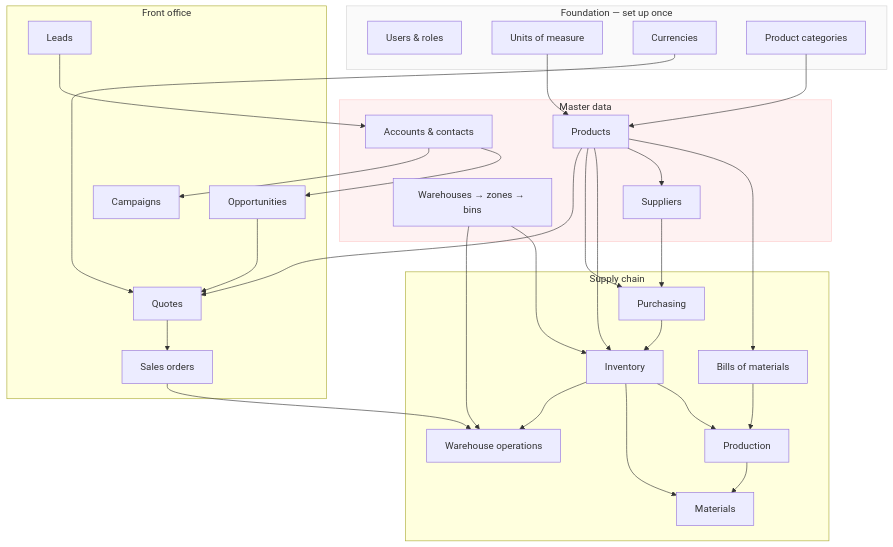
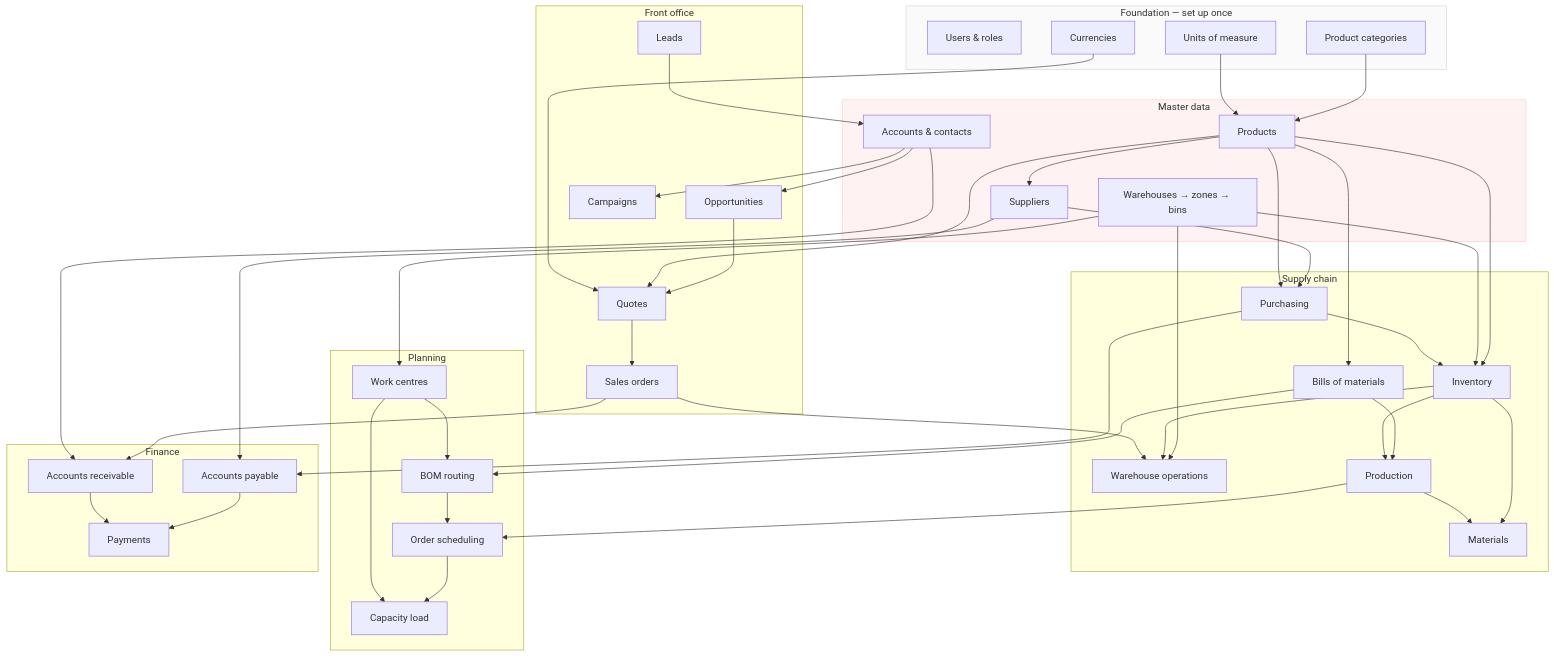
One commit to akashdewanganIG/ralli-wolf changed the fifth of 11 diagrams in docs/ARCHITECTURE.md. Above: the diagram before and after it, drawn with Mermaid. The commit also changed other lines of this file and 62 other files, not shown here.

Commit message:
feat: integrated production planning and finance management plus ui changes in dashboard

````diff
--- a/docs/ARCHITECTURE.md
+++ b/docs/ARCHITECTURE.md
@@ -214,6 +216,19 @@
         CAMP["Campaigns"]
     end
 
+    subgraph Plan["Planning"]
+        WC["Work centres"]
+        ROUTE["BOM routing"]
+        SCHED["Order scheduling"]
+        CAP["Capacity load"]
+    end
+
+    subgraph Fin["Finance"]
+        AP["Accounts payable"]
+        AR["Accounts receivable"]
+        PAYM["Payments"]
+    end
+
     CAT --> PROD
     UOM --> PROD
     PROD --> BOM
@@ -239,6 +254,21 @@
     CUR --> QUOTE
     ACC --> CAMP
 
+    WH --> WC
+    WC --> ROUTE
+    BOM --> ROUTE
+    ROUTE --> SCHED
+    PRODN --> SCHED
+    SCHED --> CAP
+    WC --> CAP
+
+    PUR --> AP
+    SUP --> AP
+    SO --> AR
+    ACC --> AR
+    AP --> PAYM
+    AR --> PAYM
+
     style Foundation fill:#fafafa,stroke:#d4d4d4
     style Master fill:#fef2f2,stroke:#fecaca
 ```
````
